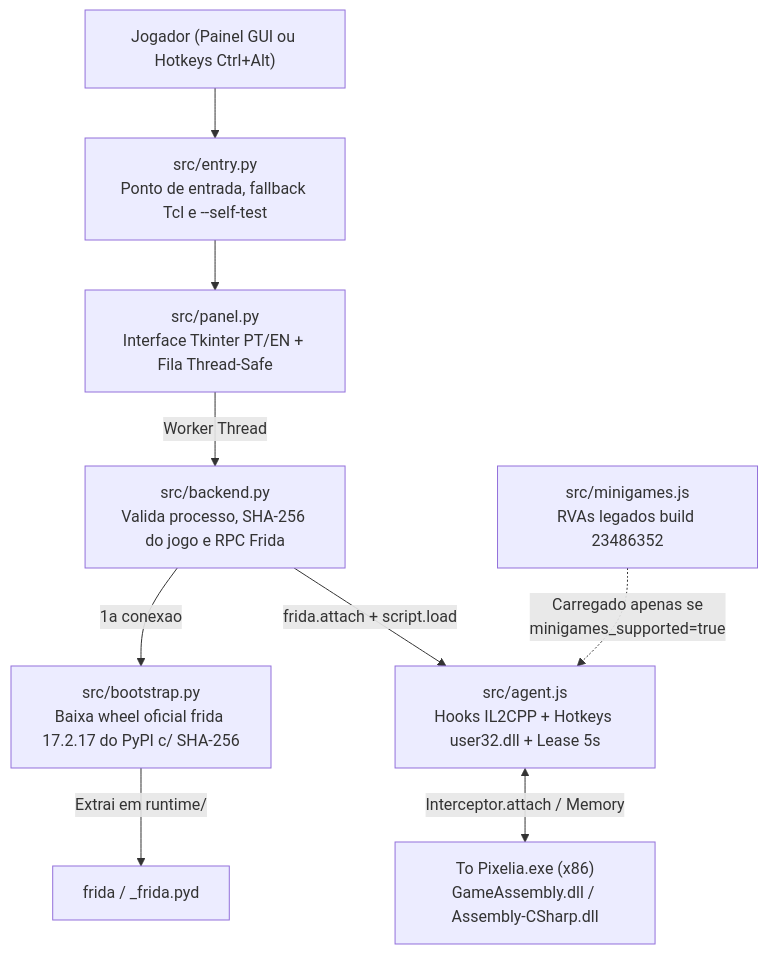
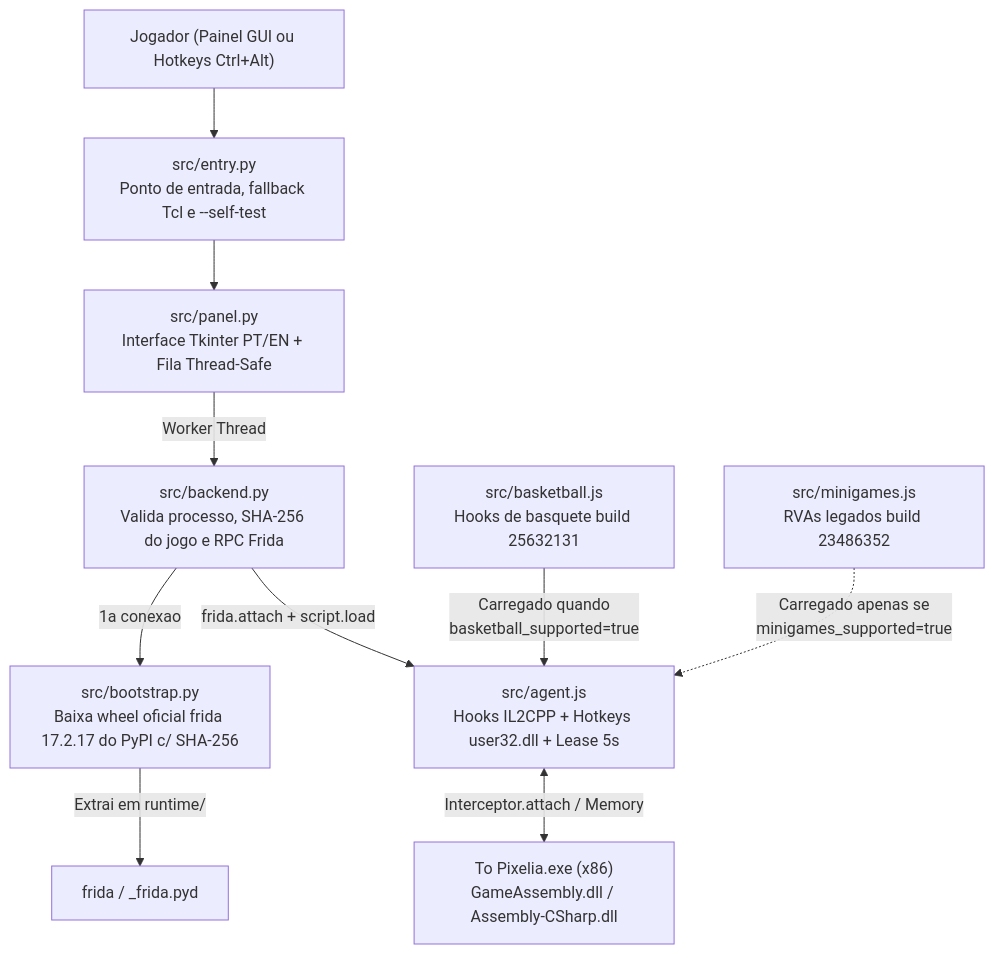
Before and after one commit to n3ur0m4ncr/PixeliaLivre: the first of 2 diagrams in docs/ARQUITETURA.md, drawn with Mermaid. The commit also changed other lines of this file and 13 other files, not shown here.

Commit message:
Reativa assistencia de basquete para Steam build 25632131 (v1.1.28)

````diff
--- a/docs/ARQUITETURA.md
+++ b/docs/ARQUITETURA.md
@@ -9,11 +9,12 @@
 ```mermaid
 flowchart TD
     User["Jogador (Painel GUI ou Hotkeys Ctrl+Alt)"] --> Entry["src/entry.py<br/>Ponto de entrada, fallback Tcl e --self-test"]
     Entry --> Panel["src/panel.py<br/>Interface Tkinter PT/EN + Fila Thread-Safe"]
     Panel -->|Worker Thread| Backend["src/backend.py<br/>Valida processo, SHA-256 do jogo e RPC Frida"]
     Backend -->|1a conexao| Bootstrap["src/bootstrap.py<br/>Baixa wheel oficial frida 17.2.17 do PyPI c/ SHA-256"]
     Bootstrap -->|Extrai em runtime/| Frida["frida / _frida.pyd"]
     Backend -->|frida.attach + script.load| Agent["src/agent.js<br/>Hooks IL2CPP + Hotkeys user32.dll + Lease 5s"]
     Agent <-->|Interceptor.attach / Memory| Game["To Pixelia.exe (x86)<br/>GameAssembly.dll / Assembly-CSharp.dll"]
+    Basket["src/basketball.js<br/>Hooks de basquete build 25632131"] -->|Carregado quando<br/>basketball_supported=true| Agent
     Legacy["src/minigames.js<br/>RVAs legados build 23486352"] -.->|Carregado apenas se<br/>minigames_supported=true| Agent
 ```
````
